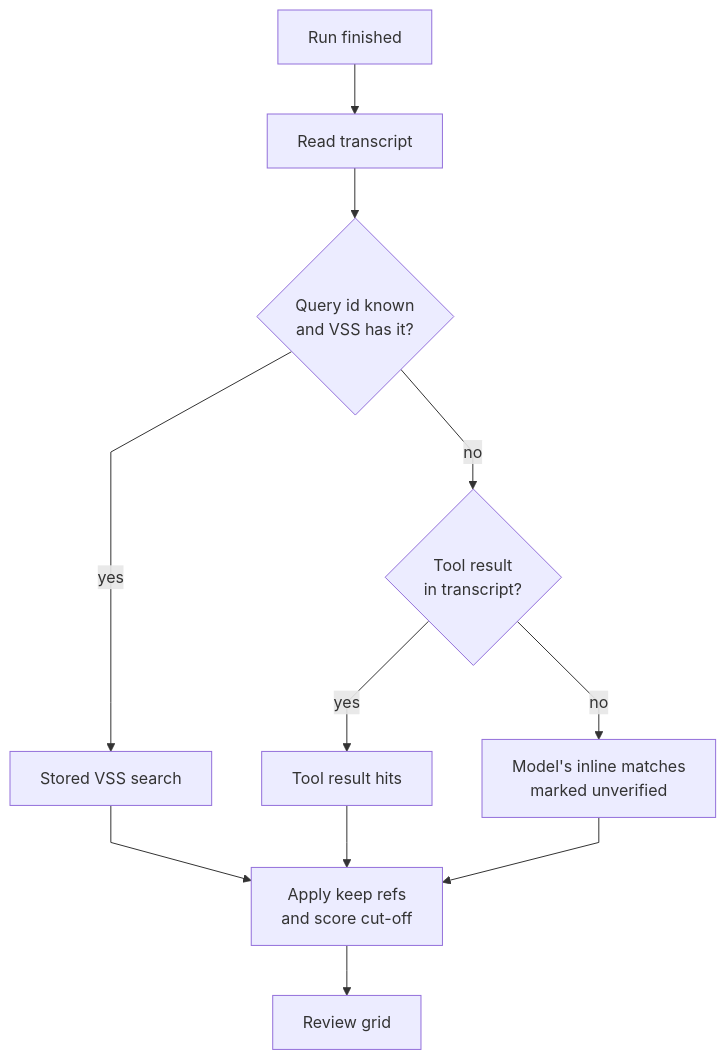
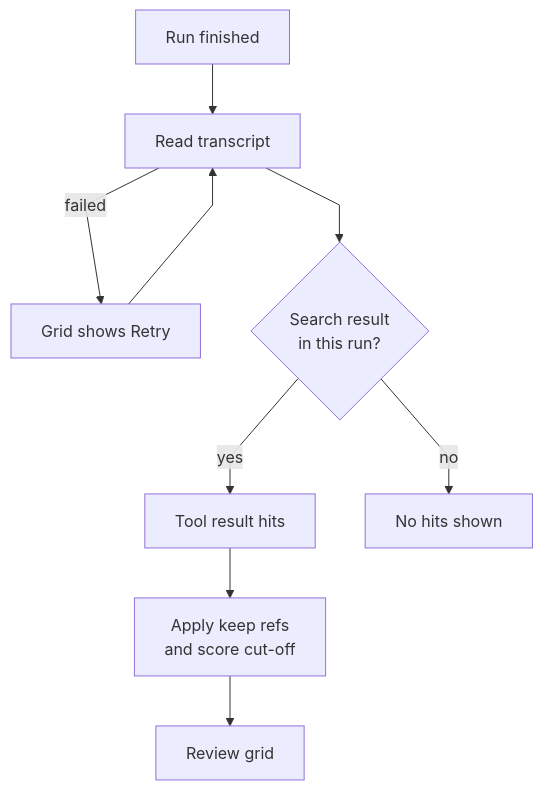
The second of 3 diagrams in virtual-security-guard-agent/docs/user-guide/design.md (open-edge-platform/metro-ai-suite), drawn with Mermaid before and after one commit. The commit also changed other lines of this file and 132 other files, not shown here.

````diff
--- a/virtual-security-guard-agent/docs/user-guide/design.md
+++ b/virtual-security-guard-agent/docs/user-guide/design.md
@@ -98,14 +98,12 @@
 ```mermaid
 %%{init: {"flowchart": {"curve": "linear"}}}%%
 flowchart TD
   R[Run finished] --> T[Read transcript]
-  T --> Q{Query id known<br/>and VSS has it?}
-  Q -->|yes| S[Stored VSS search]
-  Q -->|no| F{Tool result<br/>in transcript?}
+  T -->|failed| E[Grid shows Retry]
+  E --> T
+  T --> F{Search result<br/>in this run?}
   F -->|yes| G[Tool result hits]
-  F -->|no| I[Model's inline matches<br/>marked unverified]
-  S --> K[Apply keep refs<br/>and score cut-off]
-  G --> K
-  I --> K
+  F -->|no| N[No hits shown]
+  G --> K[Apply keep refs<br/>and score cut-off]
   K --> GRID[Review grid]
 ```
````
